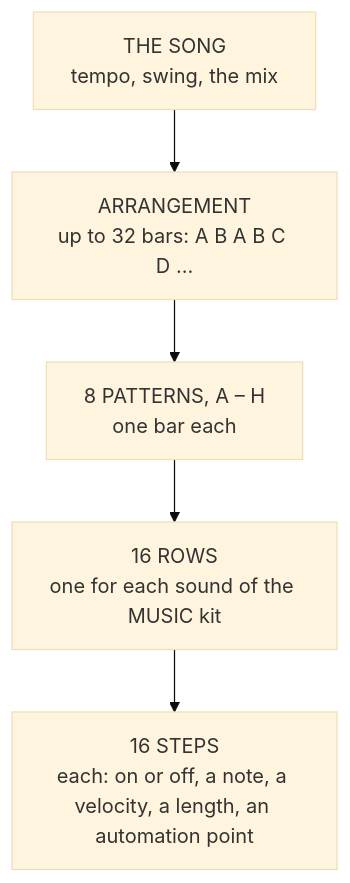
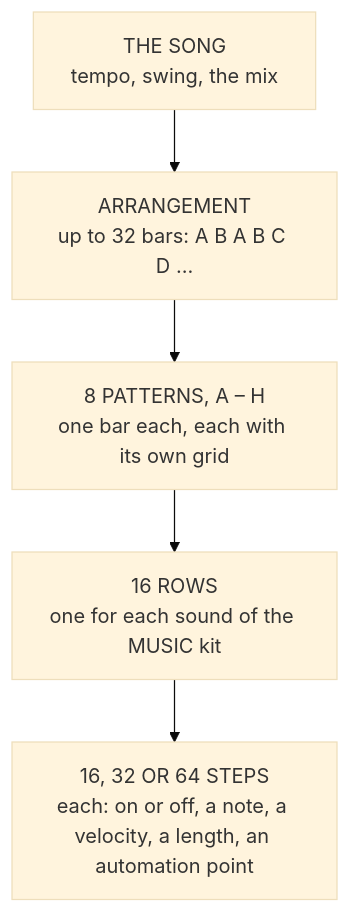
The third of 5 diagrams in Documentation~/MANUAL.md (Cat-Splat-Studios/sfx-forge-unity), drawn with Mermaid (base theme) before and after one commit. The commit also changed other lines of this file and 61 other files, not shown here.

First line of the commit message:
A finer grid: patterns of 16, 32 or 64 steps a bar, song format 6 (firmware 1.6.0)

````diff
--- a/Documentation~/MANUAL.md
+++ b/Documentation~/MANUAL.md
@@ -482,7 +646,7 @@
 ```mermaid
 flowchart TD
   S["THE SONG<br/>tempo, swing, the mix"] --> A["ARRANGEMENT<br/>up to 32 bars: A B A B C D …"]
-  A --> P["8 PATTERNS, A – H<br/>one bar each"]
+  A --> P["8 PATTERNS, A – H<br/>one bar each, each with its own grid"]
   P --> R["16 ROWS<br/>one for each sound of the MUSIC kit"]
-  R --> ST["16 STEPS<br/>each: on or off, a note, a velocity, a length, an automation point"]
+  R --> ST["16, 32 OR 64 STEPS<br/>each: on or off, a note, a velocity, a length, an automation point"]
 ```
````
